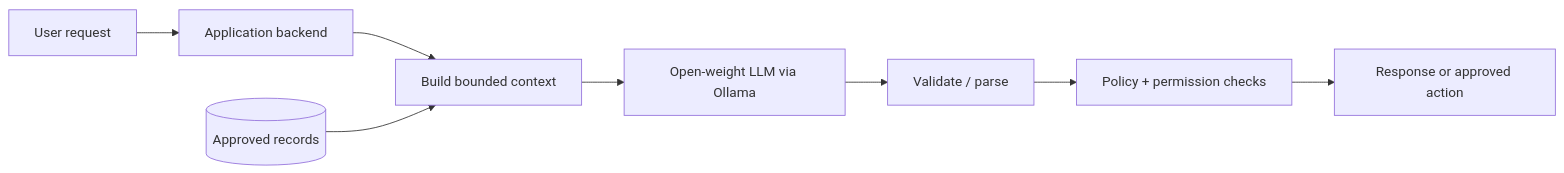
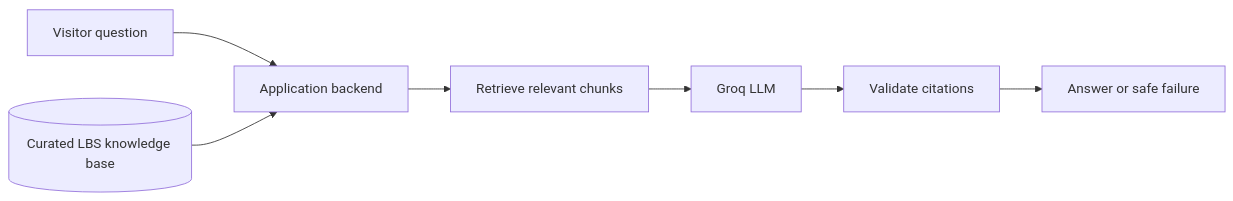
Before and after one commit to gksoriginals/lbs-full-stack-ai: the first of 4 diagrams in markdown/05-llm-integration.md, drawn with Mermaid. The commit also changed other lines of this file and 12 other files, not shown here.

````diff
--- a/markdown/05-llm-integration.md
+++ b/markdown/05-llm-integration.md
@@ -19,10 +38,9 @@
 ```mermaid
 flowchart LR
-    U[User request] --> A[Application backend]
-    A --> C[Build bounded context]
-    C --> M[Open-weight LLM via Ollama]
-    M --> V[Validate / parse]
-    V --> P[Policy + permission checks]
-    P --> R[Response or approved action]
-    S[(Approved records)] --> C
+  U[Visitor question] --> A[Application backend]
+  K[(Curated LBS knowledge base)] --> A
+  A --> R[Retrieve relevant chunks]
+  R --> G[Groq LLM]
+  G --> V[Validate citations]
+  V --> O[Answer or safe failure]
 ```
````
